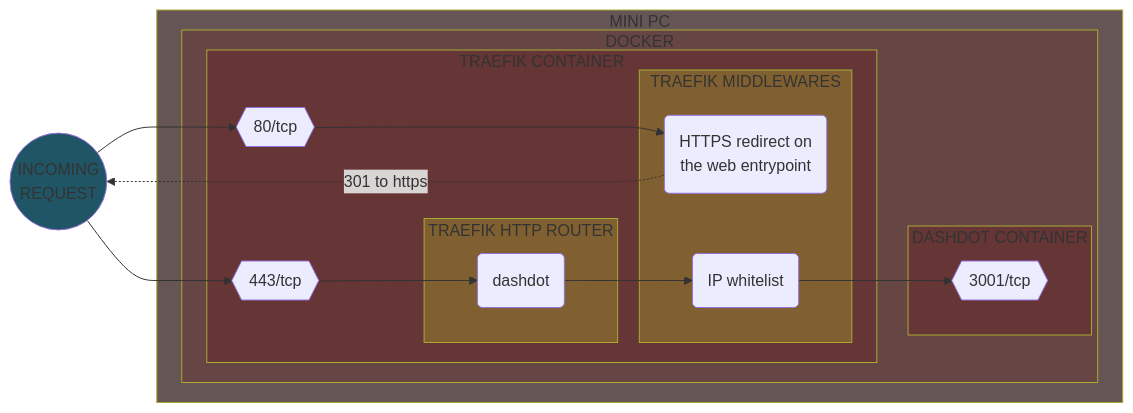
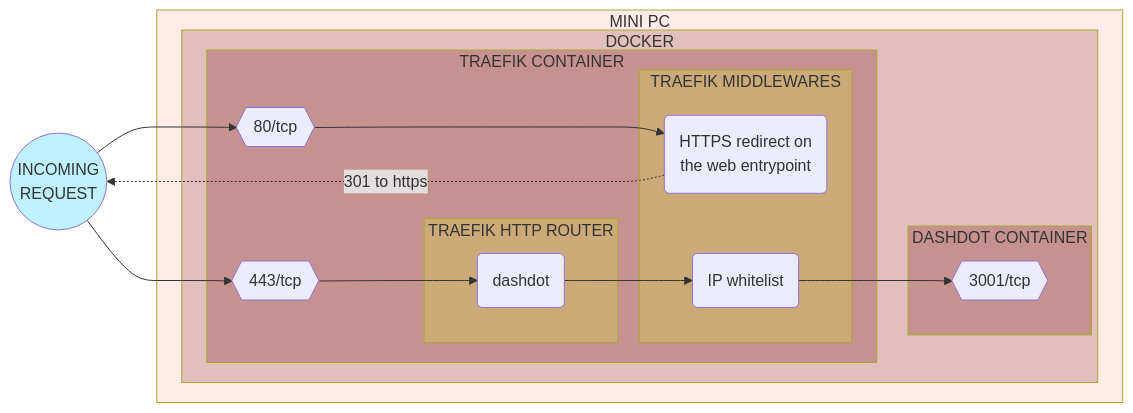
One commit to Yann39/self-hosted-n100 changed diagram 17 of 32 in README.md. Above: the diagram before and after it, drawn with Mermaid. The commit also changed other lines of this file and 1 other file, not shown here.

Commit message:
adapted diagrams so they display better in light mode

````diff
--- a/README.md
+++ b/README.md
@@ -4475,47 +4479,47 @@
 ```mermaid
 flowchart LR
-    style INCOMING_REQUEST fill: #205566
-    style TRAEFIK_CONTAINER fill: #663535
-    style APP_CONTAINER fill: #663535
-    style TRAEFIK_ROUTER fill: #806030
-    style TRAEFIK_MIDDLEWARE fill: #806030
-    style SERVER_DEVICE fill: #665555
-    style CONTAINER_ENGINE fill: #664545
+    style INCOMING_REQUEST fill: #45d8ff57
+    style TRAEFIK_CONTAINER fill: #6601013c
+    style APP_CONTAINER fill: #6601013c
+    style TRAEFIK_ROUTER fill: #defc1e37
+    style TRAEFIK_MIDDLEWARE fill: #defc1e37
+    style SERVER_DEVICE fill: #fec9bf5e
+    style CONTAINER_ENGINE fill: #67010030
     DOCKER_TRAEFIK_PORT443{{443/tcp}}
     DOCKER_TRAEFIK_PORT80{{80/tcp}}
     DOCKER_APP_PORT{{3001/tcp}}
     TRAEFIK_ROUTER_APP(dashdot)
     TRAEFIK_MIDDLEWARE_REDIRECT(HTTPS redirect on<br>the web entrypoint)
     TRAEFIK_MIDDLEWARE_IP_WHITELIST(IP whitelist)
     INCOMING_REQUEST((INCOMING\nREQUEST))
 
     subgraph SERVER_DEVICE[MINI PC]
         subgraph CONTAINER_ENGINE[DOCKER]
             subgraph APP_CONTAINER[DASHDOT CONTAINER]
                 DOCKER_APP_PORT
             end
 
             subgraph TRAEFIK_CONTAINER[TRAEFIK CONTAINER]
                 DOCKER_TRAEFIK_PORT443
                 DOCKER_TRAEFIK_PORT80
                 
                 subgraph TRAEFIK_ROUTER[TRAEFIK HTTP ROUTER]
                     TRAEFIK_ROUTER_APP
                 end
 
                 subgraph TRAEFIK_MIDDLEWARE[TRAEFIK MIDDLEWARES]
                     TRAEFIK_MIDDLEWARE_REDIRECT
                     TRAEFIK_MIDDLEWARE_IP_WHITELIST
                 end
             end
         end
     end
 
     INCOMING_REQUEST --> DOCKER_TRAEFIK_PORT443
     INCOMING_REQUEST --> DOCKER_TRAEFIK_PORT80
     DOCKER_TRAEFIK_PORT80 ---> TRAEFIK_MIDDLEWARE_REDIRECT
     TRAEFIK_MIDDLEWARE_REDIRECT -.->|301 to https| INCOMING_REQUEST
     DOCKER_TRAEFIK_PORT443 --> TRAEFIK_ROUTER_APP
     TRAEFIK_MIDDLEWARE_IP_WHITELIST --> DOCKER_APP_PORT
     TRAEFIK_ROUTER_APP --> TRAEFIK_MIDDLEWARE_IP_WHITELIST
 ```
````
